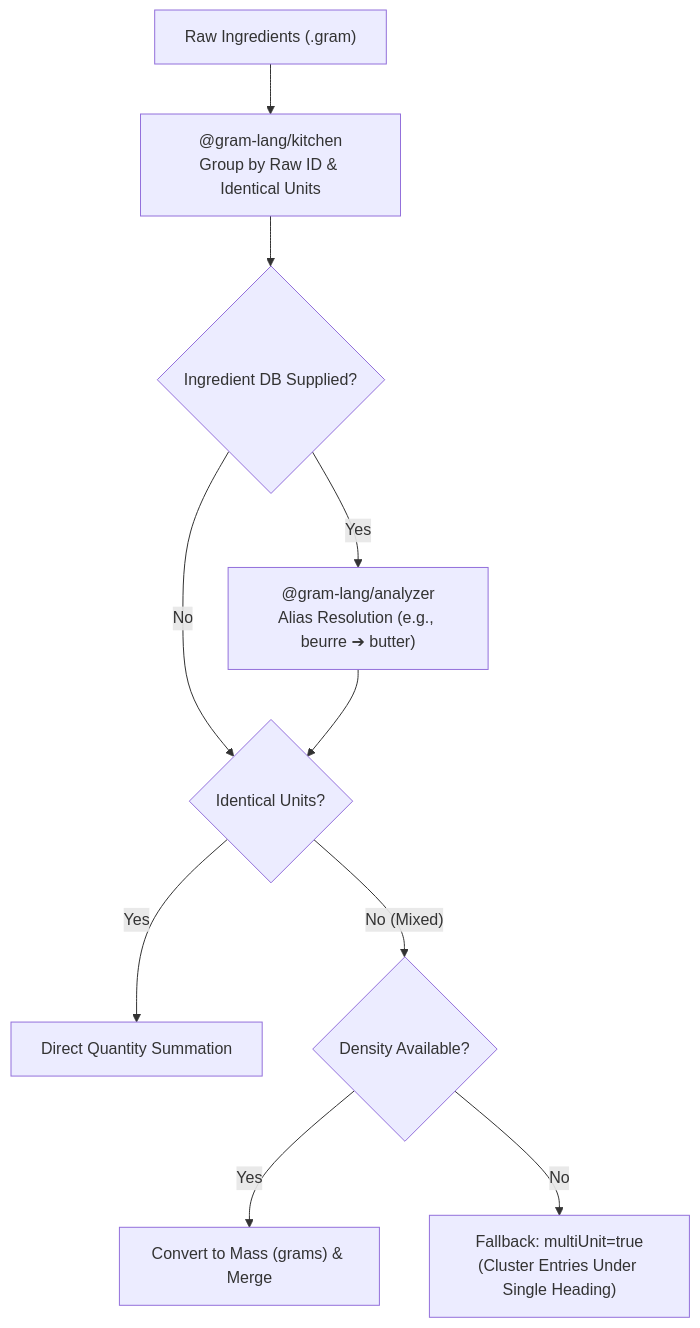
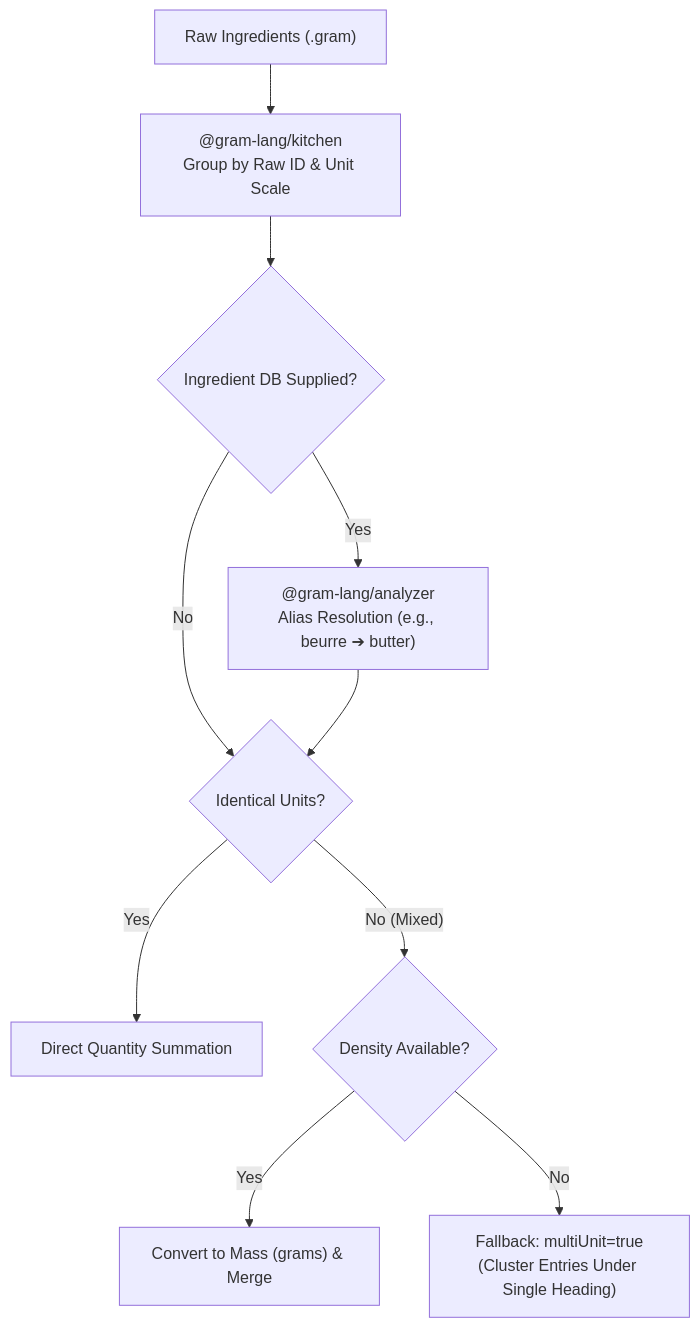
One commit to gram-lang/gram changed the diagram in packages/docs/src/content/docs/docs/explanation/shopping-list-aggregation.mdx. Above: the diagram before and after it, drawn with Mermaid. The commit also changed other lines of this file and 34 other files, not shown here.

````diff
--- a/packages/docs/src/content/docs/docs/explanation/shopping-list-aggregation.mdx
+++ b/packages/docs/src/content/docs/docs/explanation/shopping-list-aggregation.mdx
@@ -14,15 +14,15 @@
 ```mermaid
 flowchart TD
-    Raw["Raw Ingredients (.gram)"] --> KitchenGroup["@gram-lang/kitchen<br/>Group by Raw ID & Identical Units"]
+    Raw["Raw Ingredients (.gram)"] --> KitchenGroup["@gram-lang/kitchen<br/>Group by Raw ID & Unit Scale"]
     KitchenGroup --> HasDB{Ingredient DB Supplied?}
     
     HasDB -- Yes --> AliasRes["@gram-lang/analyzer<br/>Alias Resolution (e.g., beurre ➔ butter)"]
     HasDB -- No --> UnitsCheck
     
     AliasRes --> UnitsCheck{Identical Units?}
     UnitsCheck -- Yes --> SumUnits["Direct Quantity Summation"]
     UnitsCheck -- No (Mixed) --> DensityCheck{Density Available?}
     
     DensityCheck -- Yes --> ConvertGram["Convert to Mass (grams) & Merge"]
     DensityCheck -- No --> MultiUnit["Fallback: multiUnit=true<br/>(Cluster Entries Under Single Heading)"]
 ```
````
